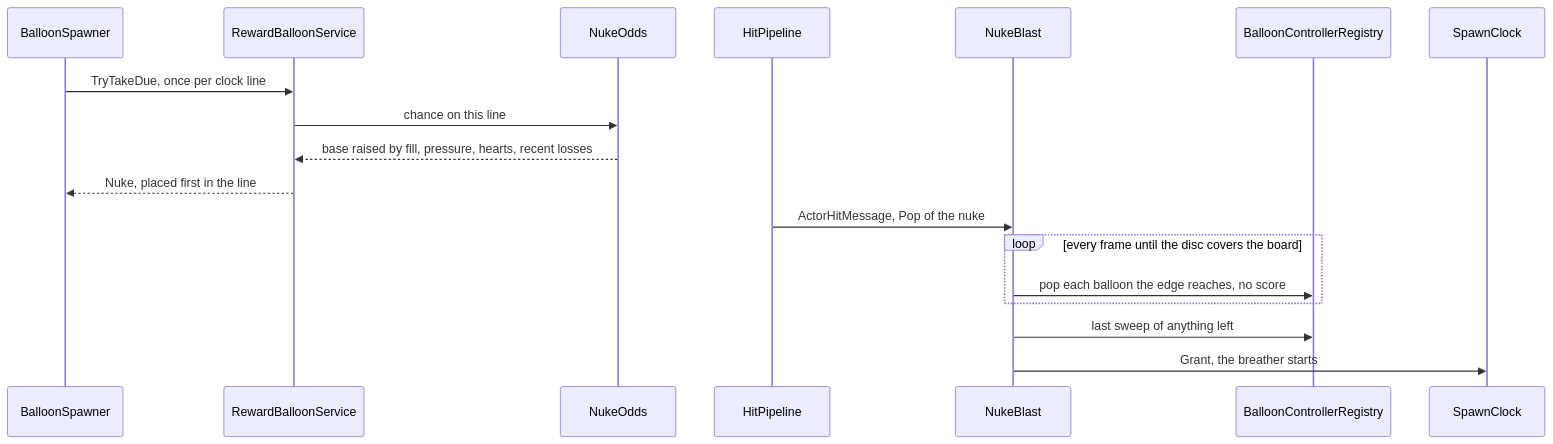
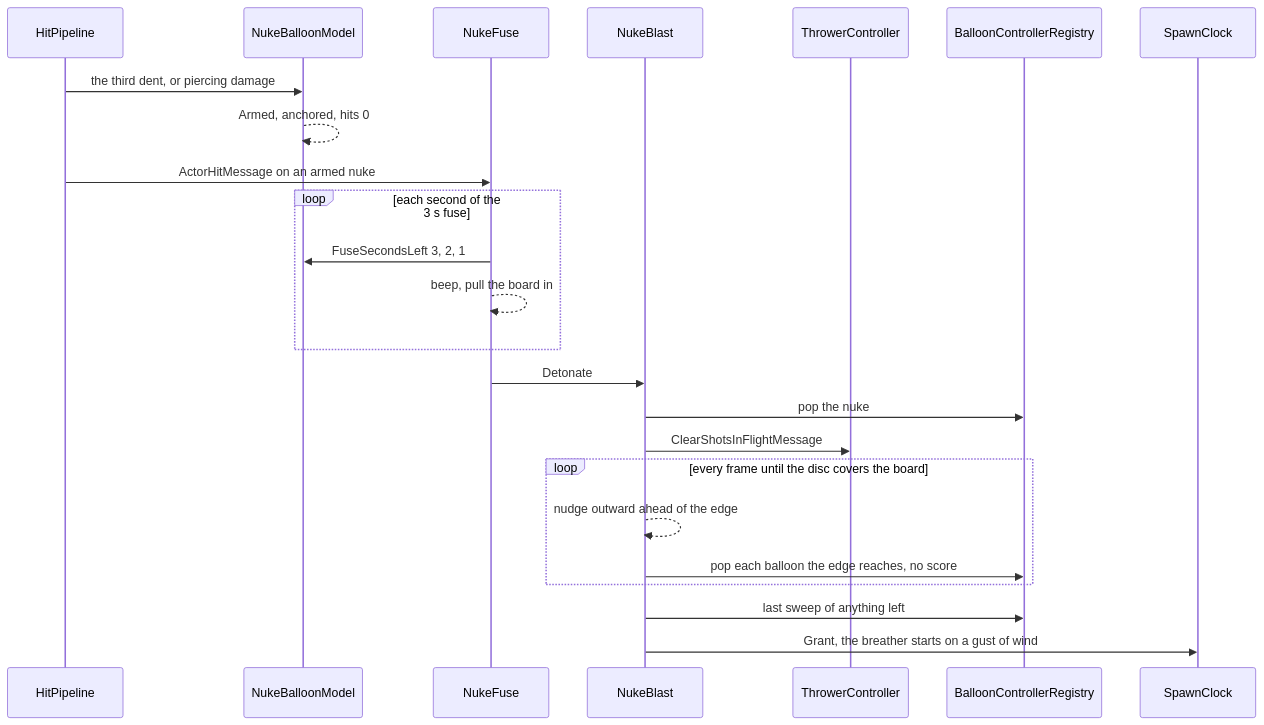
One commit to jose-villegas/BalloonParty changed the diagram in Assets/Source/Plans/PLAN-NukeBalloon.md. Above: the diagram before and after it, drawn with Mermaid. The commit also changed other lines of this file and 134 other files, not shown here.

````diff
--- a/Assets/Source/Plans/PLAN-NukeBalloon.md
+++ b/Assets/Source/Plans/PLAN-NukeBalloon.md
@@ -61,20 +78,26 @@
 ```mermaid
 sequenceDiagram
-    participant Spawner as BalloonSpawner
-    participant Service as RewardBalloonService
-    participant Odds as NukeOdds
     participant Hit as HitPipeline
+    participant Model as NukeBalloonModel
+    participant Fuse as NukeFuse
     participant Blast as NukeBlast
+    participant Thrower as ThrowerController
     participant Registry as BalloonControllerRegistry
     participant Clock as SpawnClock
-    Spawner->>Service: TryTakeDue, once per clock line
-    Service->>Odds: chance on this line
-    Odds-->>Service: base raised by fill, pressure, hearts, recent losses
-    Service-->>Spawner: Nuke, placed first in the line
-    Hit->>Blast: ActorHitMessage, Pop of the nuke
+    Hit->>Model: the third dent, or piercing damage
+    Model-->>Model: Armed, anchored, hits 0
+    Hit->>Fuse: ActorHitMessage on an armed nuke
+    loop each second of the 3 s fuse
+        Fuse->>Model: FuseSecondsLeft 3, 2, 1
+        Fuse-->>Fuse: beep, pull the board in
+    end
+    Fuse->>Blast: Detonate
+    Blast->>Registry: pop the nuke
+    Blast->>Thrower: ClearShotsInFlightMessage
     loop every frame until the disc covers the board
+        Blast-->>Blast: nudge outward ahead of the edge
         Blast->>Registry: pop each balloon the edge reaches, no score
     end
     Blast->>Registry: last sweep of anything left
-    Blast->>Clock: Grant, the breather starts
+    Blast->>Clock: Grant, the breather starts on a gust of wind
 ```
````
